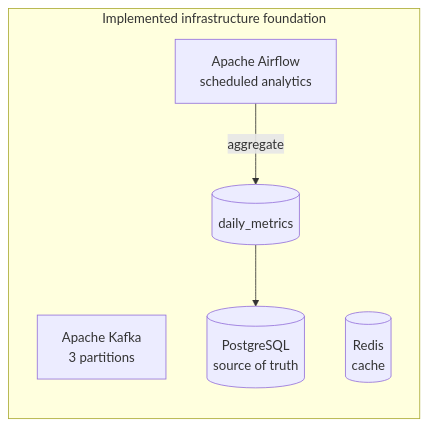
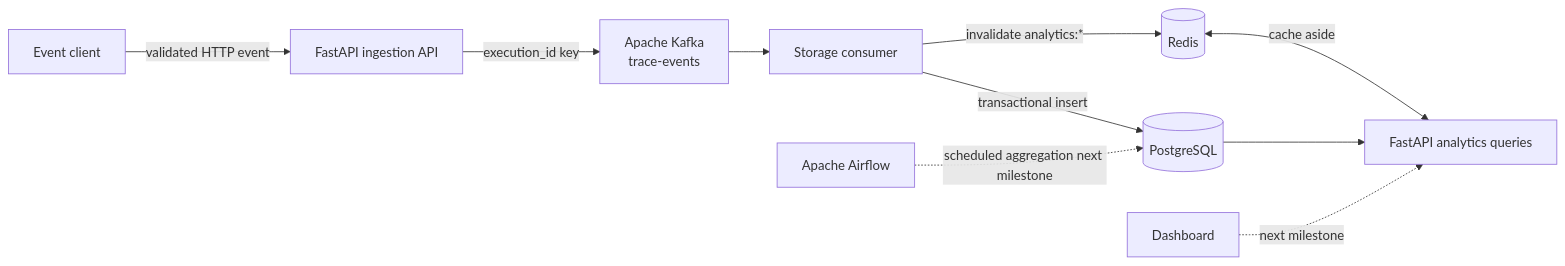
One commit to Himkeshtak/Trace-AI changed the first of 2 diagrams in README.md. Above: the diagram before and after it, drawn with Mermaid. The commit also changed other lines of this file and 20 other files, not shown here.

First line of the commit message:
feat(pipeline): add typed ingestion and durable Kafka consumer

````diff
--- a/README.md
+++ b/README.md
@@ -11,12 +11,12 @@
 ```mermaid
 flowchart LR
-    subgraph Foundation[Implemented infrastructure foundation]
-        K[Apache Kafka\n3 partitions]
-        P[(PostgreSQL\nsource of truth)]
-        R[(Redis\ncache)]
-        A[Apache Airflow\nscheduled analytics]
-        M[(daily_metrics)]
-        A -->|aggregate| M
-        M --> P
-    end
+    Client[Event client] -->|validated HTTP event| API[FastAPI ingestion API]
+    API -->|execution_id key| K[Apache Kafka\ntrace-events]
+    K --> C[Storage consumer]
+    C -->|transactional insert| P[(PostgreSQL)]
+    C -->|invalidate analytics:*| R[(Redis)]
+    P --> Q[FastAPI analytics queries]
+    R <-->|cache aside| Q
+    A[Apache Airflow] -. scheduled aggregation next milestone .-> P
+    UI[Dashboard] -. next milestone .-> Q
 ```
````
